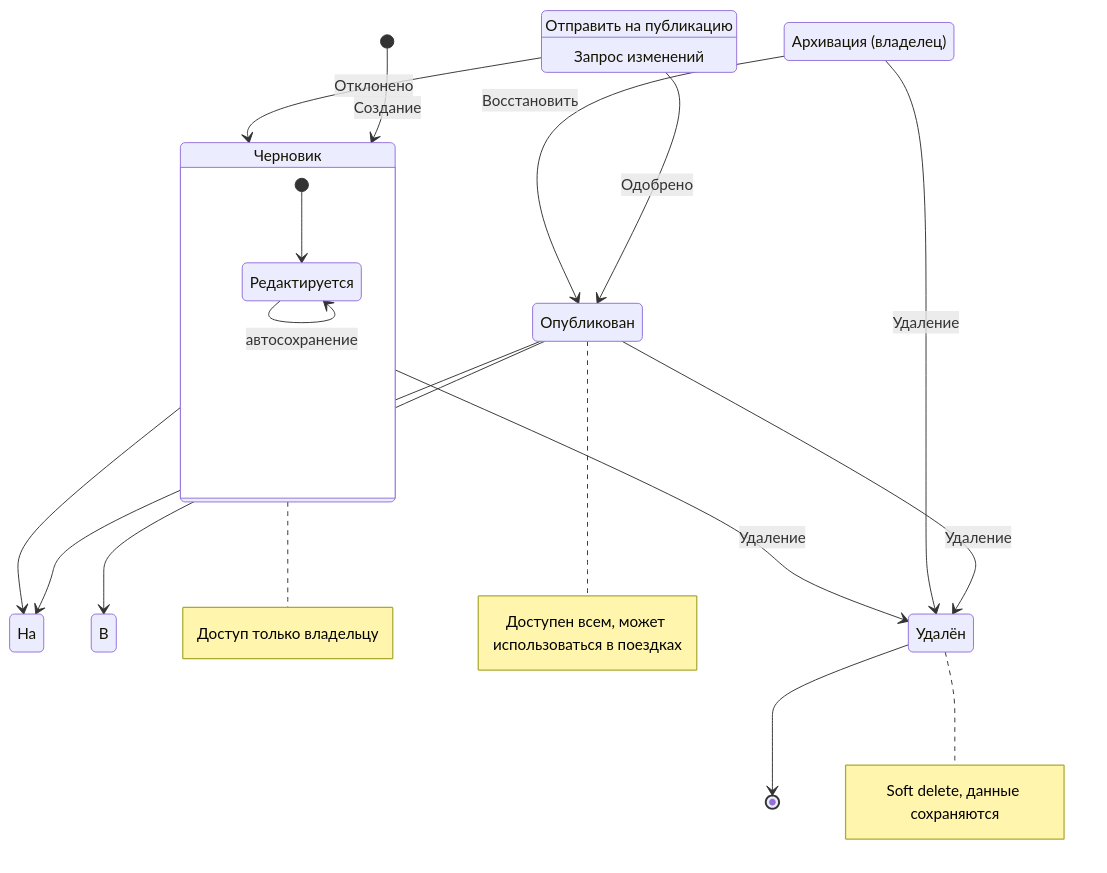
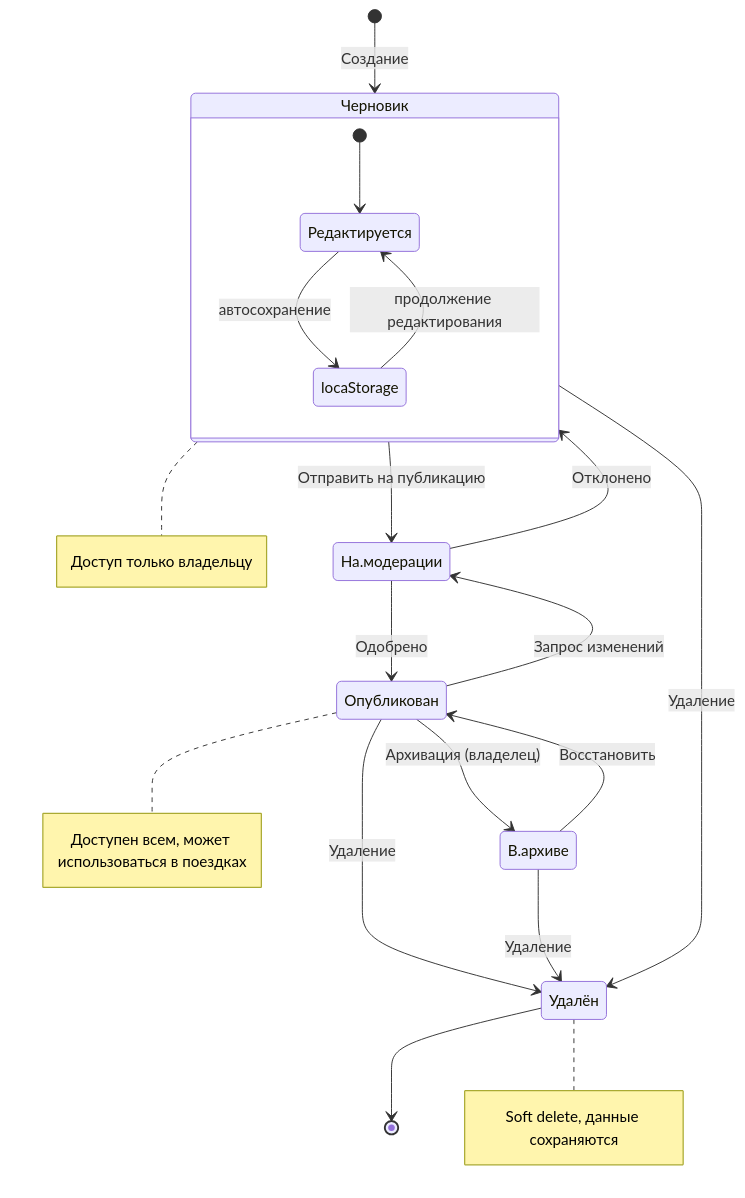
The first of 4 diagrams in Практическая работа №7. Моделирование жизненного цикла сущностей Trip Builder..md (Sun1tAr/MIREA-PKIS-Practice-3), drawn with Mermaid before and after one commit. The commit also changed other lines of this file, not shown here.

Commit message:
Диаграмма ворк

````diff
--- a/Практическая работа №7. Моделирование жизненного цикла сущностей Trip Builder..md
+++ b/Практическая работа №7. Моделирование жизненного цикла сущностей Trip Builder..md
@@ -29,28 +29,29 @@
 ```mermaid
 stateDiagram-v2
     [*] --> Черновик: Создание
     
     state Черновик {
         [*] --> Редактируется
-        Редактируется --> Редактируется: автосохранение
+        Редактируется --> locaStorage: автосохранение
+        locaStorage --> Редактируется: продолжение редактирования
     }
     
-    Черновик --> На модерации: Отправить на публикацию
-    На модерации --> Черновик: Отклонено
-    На модерации --> Опубликован: Одобрено
+    Черновик --> На.модерации: Отправить на публикацию
+    На.модерации --> Черновик: Отклонено
+    На.модерации --> Опубликован: Одобрено
     
-    Опубликован --> В архиве: Архивация (владелец)
-    Опубликован --> На модерации: Запрос изменений
+    Опубликован --> В.архиве: Архивация (владелец)
+    Опубликован --> На.модерации: Запрос изменений
     
-    В архиве --> Опубликован: Восстановить
+    В.архиве --> Опубликован: Восстановить
     
     Черновик --> Удалён: Удаление
     Опубликован --> Удалён: Удаление
-    В архиве --> Удалён: Удаление
+    В.архиве --> Удалён: Удаление
     
     Удалён --> [*]
     
     note right of Черновик: Доступ только владельцу
     note right of Опубликован: Доступен всем, может использоваться в поездках
     note right of Удалён: Soft delete, данные сохраняются
 ```
````
